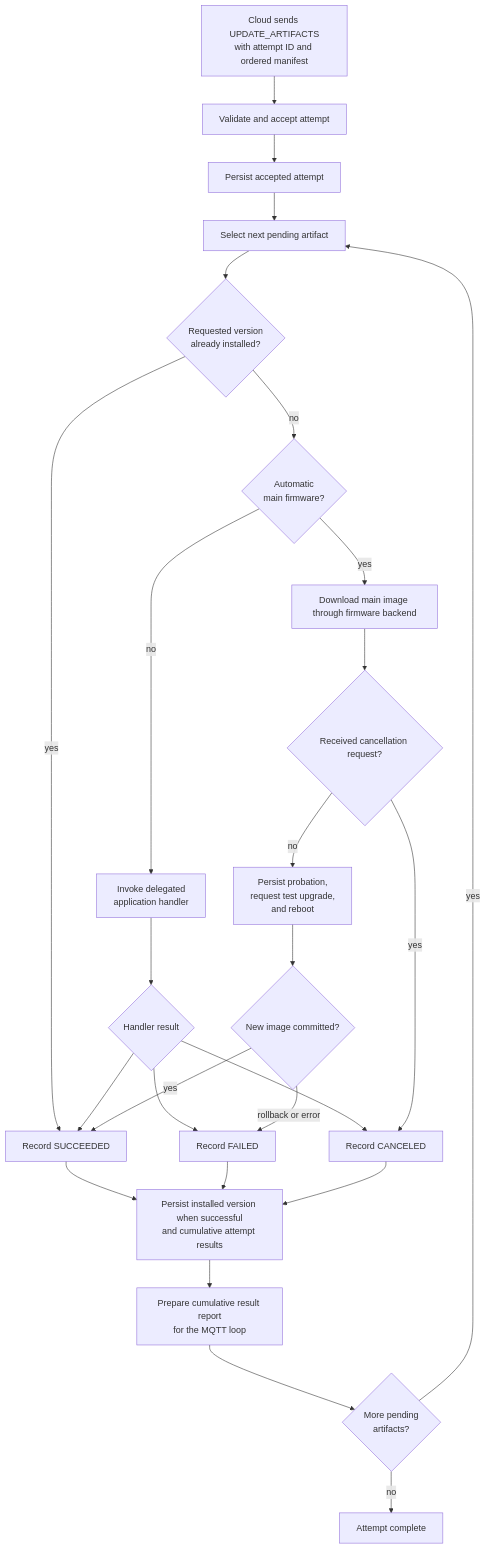
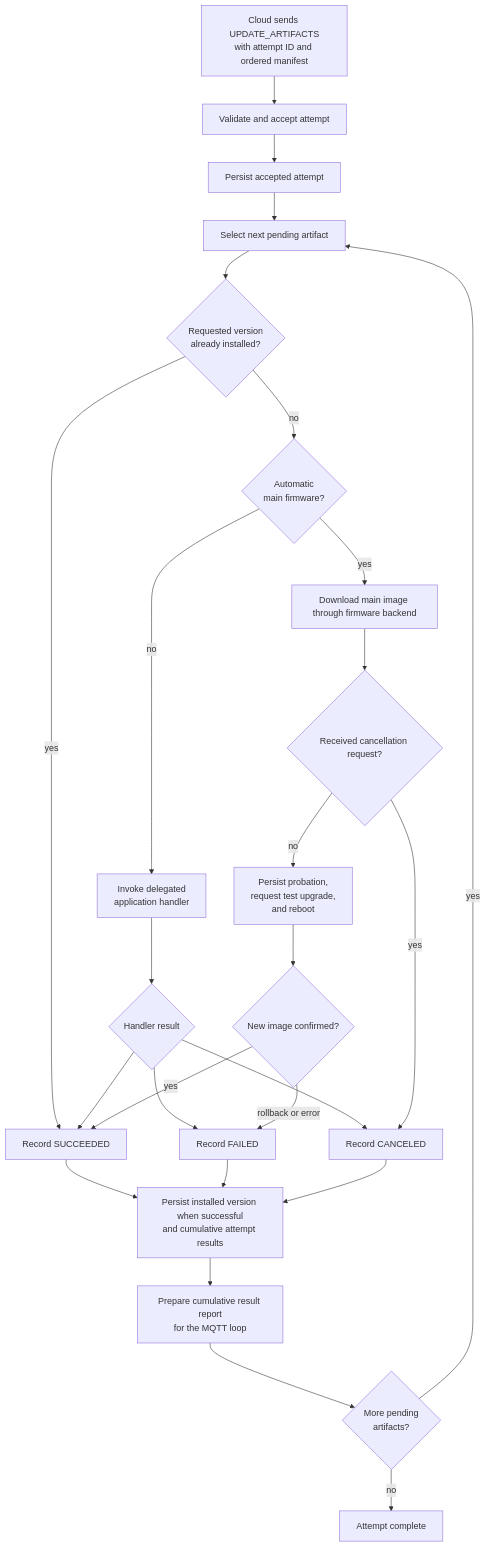
Before and after one commit to spotflow-io/device-sdk: the first of 11 diagrams in zephyr/docs/ota.md, drawn with Mermaid. The commit also changed other lines of this file and 4 other files, not shown here.

````diff
--- a/zephyr/docs/ota.md
+++ b/zephyr/docs/ota.md
@@ -73,38 +73,38 @@
 ```mermaid
 flowchart TD
     cloud["Cloud sends UPDATE_ARTIFACTS<br/>with attempt ID and ordered manifest"]
     accept["Validate and accept attempt"]
     persistAttempt["Persist accepted attempt"]
     next["Select next pending artifact"]
     installed{"Requested version<br/>already installed?"}
     kind{"Automatic<br/>main firmware?"}
     delegated["Invoke delegated<br/>application handler"]
     delegatedResult{"Handler result"}
     main["Download main image through firmware backend"]
     isCanceled{"Received cancellation request?"}
     reboot["Persist probation,<br/>request test upgrade,<br/>and reboot"]
-    resolve{"New image committed?"}
+    resolve{"New image confirmed?"}
     succeeded["Record SUCCEEDED"]
     failed["Record FAILED"]
     canceled["Record CANCELED"]
     persistResult["Persist installed version when successful<br/>and cumulative attempt results"]
     report["Prepare cumulative result report<br/>for the MQTT loop"]
     more{"More pending<br/>artifacts?"}
 
     cloud --> accept --> persistAttempt --> next
     next --> installed
     installed -- yes --> succeeded
     installed -- no --> kind
     kind -- no --> delegated --> delegatedResult
     delegatedResult --> succeeded
     delegatedResult --> failed
     delegatedResult --> canceled
     succeeded & failed & canceled --> persistResult
     kind -- yes --> main --> isCanceled -- no --> reboot --> resolve
     isCanceled -- yes --> canceled
     resolve -- yes --> succeeded
     resolve -- rollback or error --> failed
     persistResult --> report --> more
     more -- yes --> next
     more -- no --> done["Attempt complete"]
 ```
````
